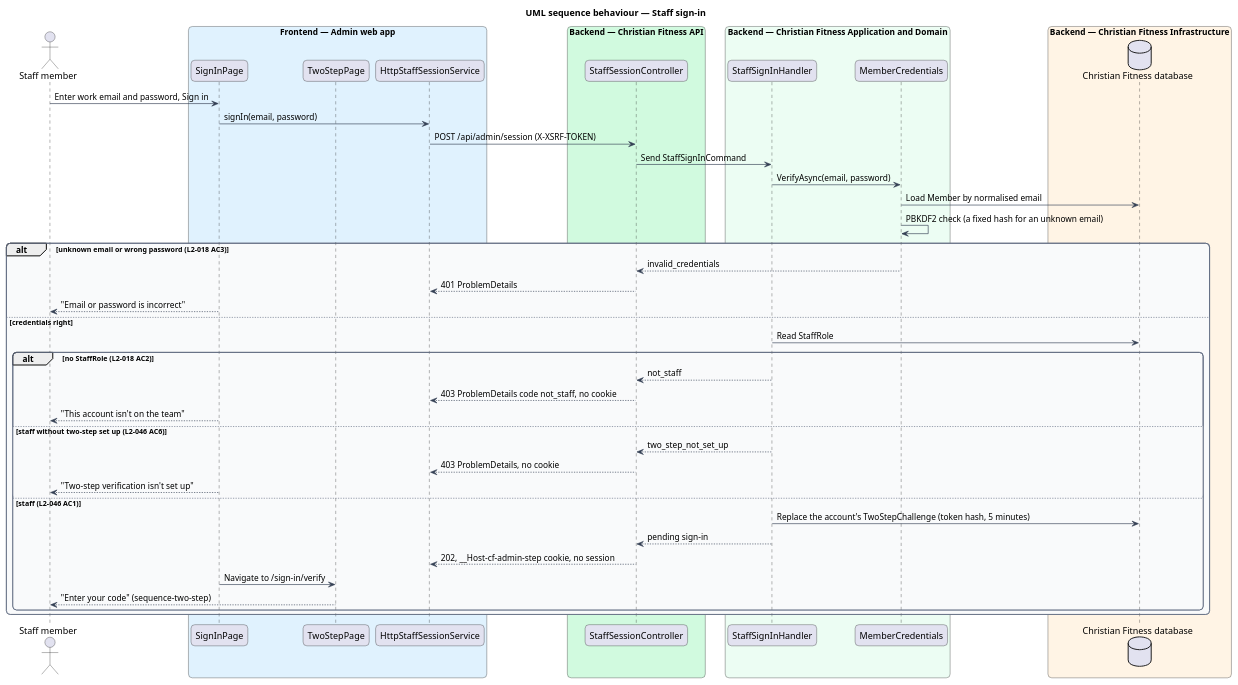
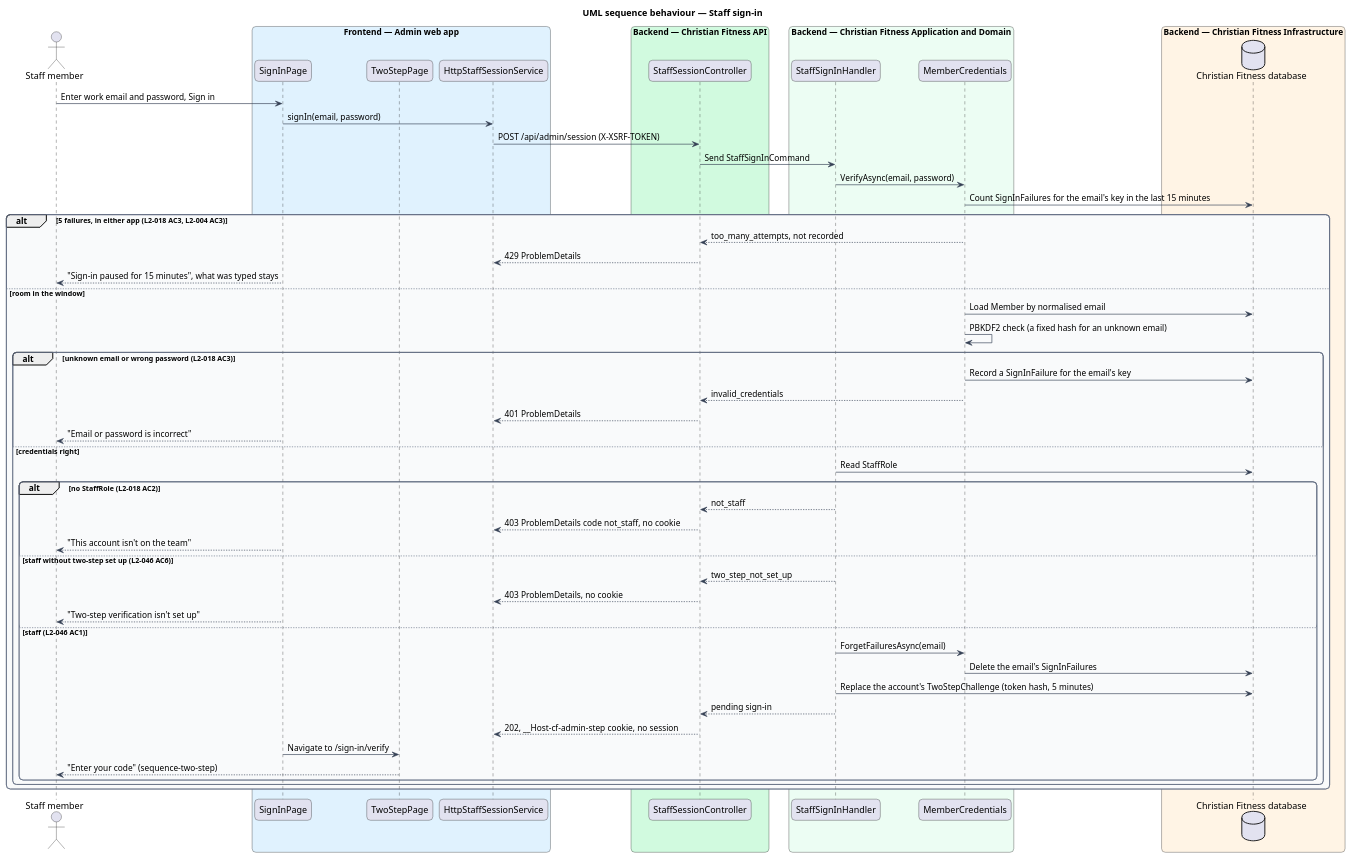
One commit to QuinntyneBrown/christian-fitness changed the diagram in docs/detailed-designs/admin-access/admin-sign-in/diagrams/sequence-sign-in.puml. Above: the diagram before and after it, drawn with PlantUML. The commit also changed 30 other files, not shown here.

```diff
--- a/docs/detailed-designs/admin-access/admin-sign-in/diagrams/sequence-sign-in.puml
+++ b/docs/detailed-designs/admin-access/admin-sign-in/diagrams/sequence-sign-in.puml
@@ -1,62 +1,72 @@
 @startuml
 title UML sequence behaviour — Staff sign-in
 skinparam backgroundColor #FFFFFF
 skinparam shadowing false
 skinparam roundcorner 12
 skinparam defaultFontName Arial
 skinparam ArrowColor #344054
 skinparam rectangle {
   BorderColor #344054
   FontColor #101828
 }
 skinparam package {
   BorderColor #667085
   FontColor #101828
   BackgroundColor #F9FAFB
 }
 actor "Staff member" as actor
 box "Frontend — Admin web app" #E0F2FE
   participant "SignInPage" as page
   participant "TwoStepPage" as step
   participant "HttpStaffSessionService" as client
 end box
 box "Backend — Christian Fitness API" #D1FADF
   participant "StaffSessionController" as ctrl
 end box
 box "Backend — Christian Fitness Application and Domain" #ECFDF3
   participant "StaffSignInHandler" as handler
   participant "MemberCredentials" as creds
 end box
 box "Backend — Christian Fitness Infrastructure" #FFF4E5
   database "Christian Fitness database" as db
 end box
 actor -> page : Enter work email and password, Sign in
 page -> client : signIn(email, password)
 client -> ctrl : POST /api/admin/session (X-XSRF-TOKEN)
 ctrl -> handler : Send StaffSignInCommand
 handler -> creds : VerifyAsync(email, password)
+creds -> db : Count SignInFailures for the email's key in the last 15 minutes
+alt 5 failures, in either app (L2-018 AC3, L2-004 AC3)
+  creds --> ctrl : too_many_attempts, not recorded
+  ctrl --> client : 429 ProblemDetails
+  page --> actor : "Sign-in paused for 15 minutes", what was typed stays
+else room in the window
 creds -> db : Load Member by normalised email
 creds -> creds : PBKDF2 check (a fixed hash for an unknown email)
 alt unknown email or wrong password (L2-018 AC3)
+  creds -> db : Record a SignInFailure for the email's key
   creds --> ctrl : invalid_credentials
   ctrl --> client : 401 ProblemDetails
   page --> actor : "Email or password is incorrect"
 else credentials right
   handler -> db : Read StaffRole
   alt no StaffRole (L2-018 AC2)
     handler --> ctrl : not_staff
     ctrl --> client : 403 ProblemDetails code not_staff, no cookie
     page --> actor : "This account isn't on the team"
   else staff without two-step set up (L2-046 AC6)
     handler --> ctrl : two_step_not_set_up
     ctrl --> client : 403 ProblemDetails, no cookie
     page --> actor : "Two-step verification isn't set up"
   else staff (L2-046 AC1)
+    handler -> creds : ForgetFailuresAsync(email)
+    creds -> db : Delete the email's SignInFailures
     handler -> db : Replace the account's TwoStepChallenge (token hash, 5 minutes)
     handler --> ctrl : pending sign-in
     ctrl --> client : 202, __Host-cf-admin-step cookie, no session
     page -> step : Navigate to /sign-in/verify
     step --> actor : "Enter your code" (sequence-two-step)
   end
 end
+end
 @enduml
```
